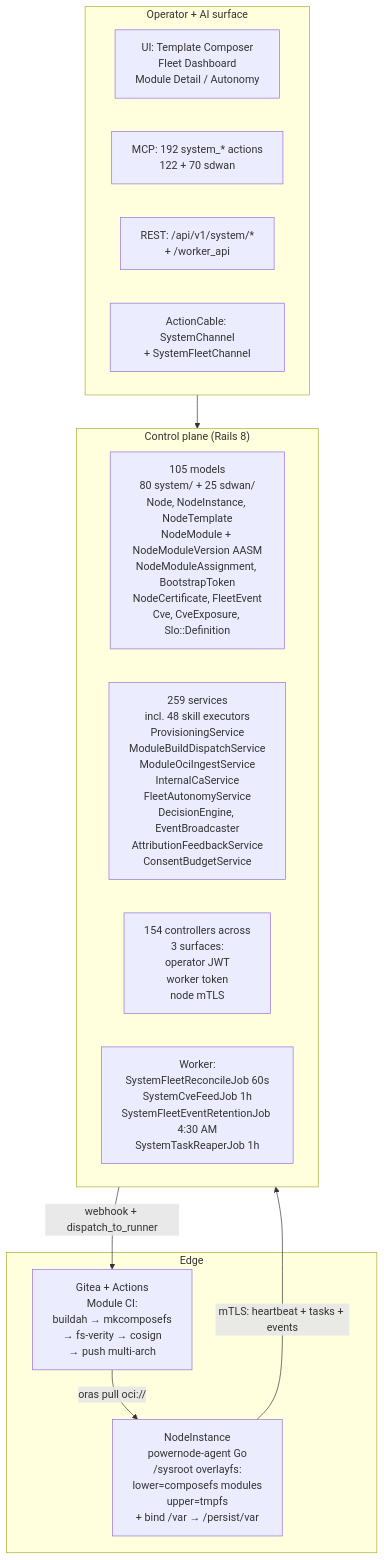
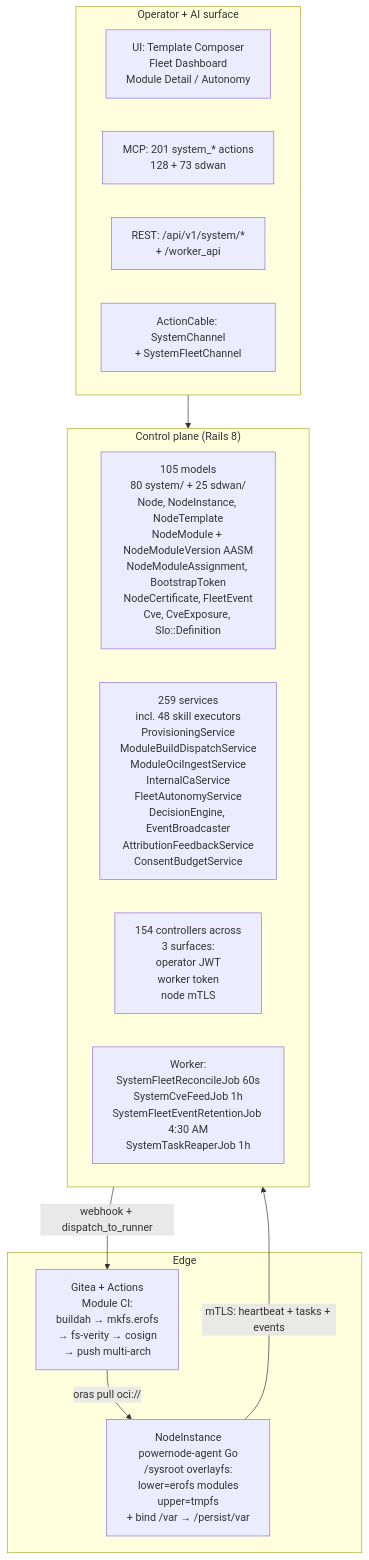
One commit to nodealchemy/powernode-system changed the first of 7 diagrams in docs/ARCHITECTURE.md. Above: the diagram before and after it, drawn with Mermaid. The commit also changed other lines of this file and 29 other files, not shown here.

````diff
--- a/docs/ARCHITECTURE.md
+++ b/docs/ARCHITECTURE.md
@@ -24,26 +24,26 @@
 ```mermaid
 flowchart TB
     subgraph Surface["Operator + AI surface"]
         UI[UI: Template Composer<br/>Fleet Dashboard<br/>Module Detail / Autonomy]
-        MCP[MCP: 192 system_* actions<br/>122 + 70 sdwan]
+        MCP[MCP: 201 system_* actions<br/>128 + 73 sdwan]
         REST[REST: /api/v1/system/*<br/>+ /worker_api]
         AC[ActionCable: SystemChannel<br/>+ SystemFleetChannel]
     end
 
     subgraph Control["Control plane (Rails 8)"]
         Models[105 models<br/>80 system/ + 25 sdwan/<br/>Node, NodeInstance, NodeTemplate<br/>NodeModule + NodeModuleVersion AASM<br/>NodeModuleAssignment, BootstrapToken<br/>NodeCertificate, FleetEvent<br/>Cve, CveExposure, Slo::Definition]
         Services[259 services<br/>incl. 48 skill executors<br/>ProvisioningService<br/>ModuleBuildDispatchService<br/>ModuleOciIngestService<br/>InternalCaService<br/>FleetAutonomyService<br/>DecisionEngine, EventBroadcaster<br/>AttributionFeedbackService<br/>ConsentBudgetService]
         Ctrl[154 controllers across<br/>3 surfaces:<br/>operator JWT<br/>worker token<br/>node mTLS]
         Worker[Worker:<br/>SystemFleetReconcileJob 60s<br/>SystemCveFeedJob 1h<br/>SystemFleetEventRetentionJob 4:30 AM<br/>SystemTaskReaperJob 1h]
     end
 
     subgraph Edge["Edge"]
-        CI[Gitea + Actions<br/>Module CI:<br/>buildah → mkcomposefs<br/>→ fs-verity → cosign<br/>→ push multi-arch]
-        Node["NodeInstance<br/>powernode-agent Go<br/>/sysroot overlayfs:<br/>lower=composefs modules<br/>upper=tmpfs<br/>+ bind /var → /persist/var"]
+        CI[Gitea + Actions<br/>Module CI:<br/>buildah → mkfs.erofs<br/>→ fs-verity → cosign<br/>→ push multi-arch]
+        Node["NodeInstance<br/>powernode-agent Go<br/>/sysroot overlayfs:<br/>lower=erofs modules<br/>upper=tmpfs<br/>+ bind /var → /persist/var"]
     end
 
     Surface --> Control
     Control -- "webhook + dispatch_to_runner" --> CI
     CI -- "oras pull oci://" --> Node
     Node -- "mTLS: heartbeat + tasks + events" --> Control
 ```
````
